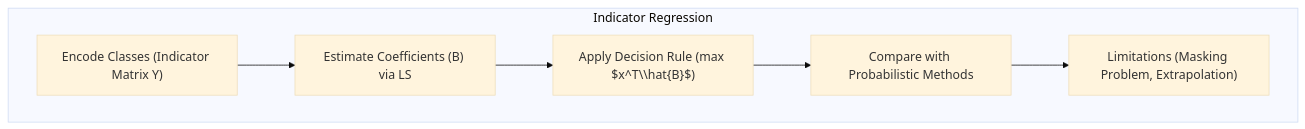
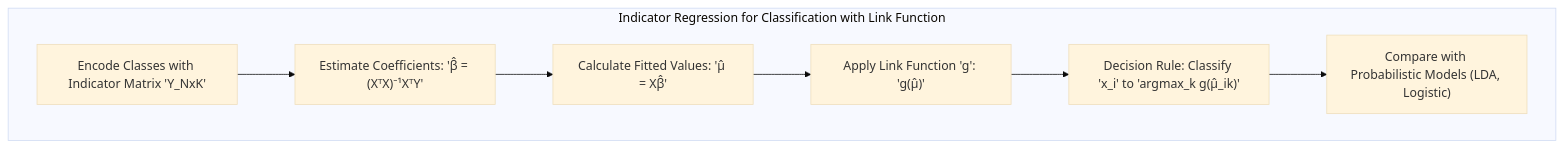
One commit to diegomrodrigues/statistical_learning_notes changed the third of 6 diagrams in 03. Additive Models/01. Generalized Additive Models/03. Generalized Linear Models.md. Above: the diagram before and after it, drawn with Mermaid (base theme). The commit also changed other lines of this file and 228 other files, not shown here.

````diff
--- a/03. Additive Models/01. Generalized Additive Models/03. Generalized Linear Models.md
+++ b/03. Additive Models/01. Generalized Additive Models/03. Generalized Linear Models.md
@@ -183,9 +147,10 @@
 ```mermaid
 flowchart TD
-  subgraph "Indicator Regression"
-    A["Encode Classes (Indicator Matrix Y)"] --> B["Estimate Coefficients (B) via LS"]
-    B --> C["Apply Decision Rule (max $x^T\\hat{B}$)"]
-    C --> D["Compare with Probabilistic Methods"]
-    D --> E["Limitations (Masking Problem, Extrapolation)"]
-  end
+  subgraph "Indicator Regression for Classification with Link Function"
+    A["Encode Classes with Indicator Matrix 'Y_NxK'"] --> B["Estimate Coefficients: 'β̂ = (XᵀX)⁻¹XᵀY'"]
+    B --> C["Calculate Fitted Values: 'μ̂ = Xβ̂'"]
+    C --> D["Apply Link Function 'g': 'g(μ̂)'"]
+    D --> E["Decision Rule: Classify 'x_i' to 'argmax_k g(μ̂_ik)'"]
+    E --> F["Compare with Probabilistic Models (LDA, Logistic)"]
+    end
 ```
````
